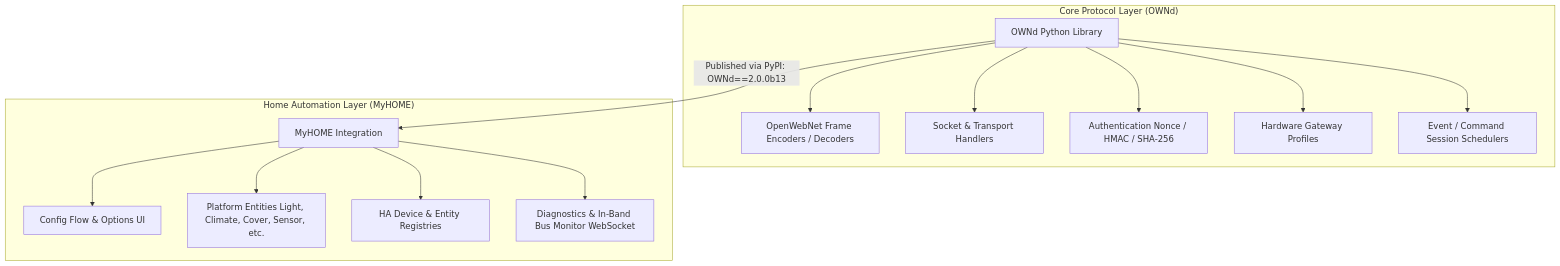
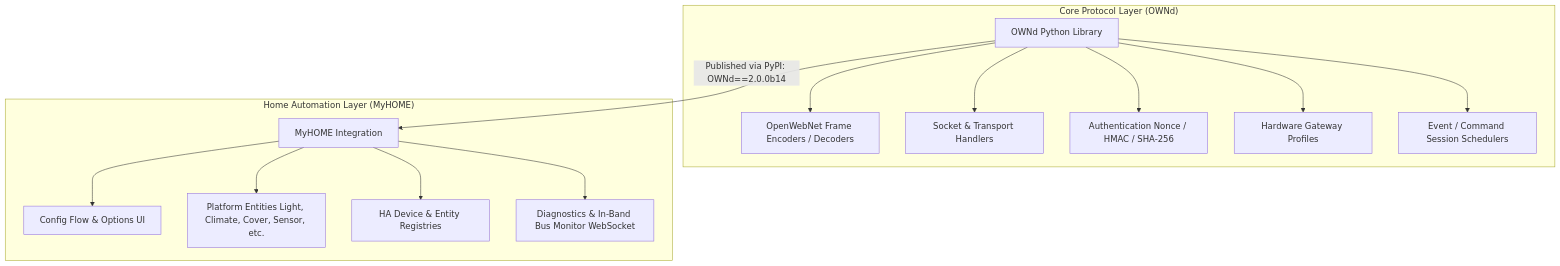
The first of 2 diagrams in docs/architecture/anti-drift-safeguards.md (OpenWebNet-HA/MyHOME), drawn with Mermaid before and after one commit. The commit also changed other lines of this file and 8 other files, not shown here.

````diff
--- a/docs/architecture/anti-drift-safeguards.md
+++ b/docs/architecture/anti-drift-safeguards.md
@@ -11,19 +11,19 @@
 ```mermaid
 graph TD
     subgraph "Core Protocol Layer (OWNd)"
         A[OWNd Python Library] --> A1[OpenWebNet Frame Encoders / Decoders]
         A --> A2[Socket & Transport Handlers]
         A --> A3[Authentication Nonce / HMAC / SHA-256]
         A --> A4[Hardware Gateway Profiles]
         A --> A5[Event / Command Session Schedulers]
     end
 
     subgraph "Home Automation Layer (MyHOME)"
         B[MyHOME Integration] --> B1[Config Flow & Options UI]
         B --> B2[Platform Entities Light, Climate, Cover, Sensor, etc.]
         B --> B3[HA Device & Entity Registries]
         B --> B4[Diagnostics & In-Band Bus Monitor WebSocket]
     end
 
-    A -->|Published via PyPI: OWNd==2.0.0b13| B
+    A -->|Published via PyPI: OWNd==2.0.0b14| B
 ```
````
